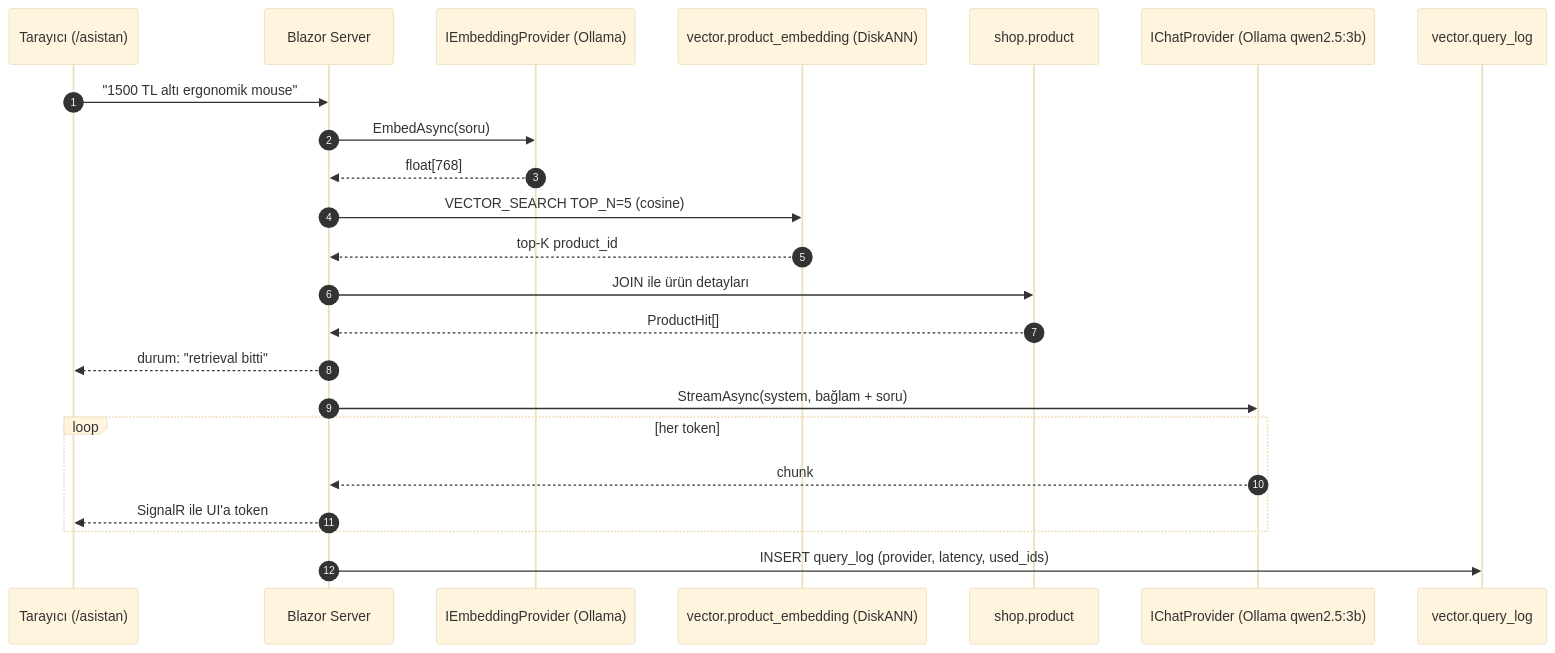
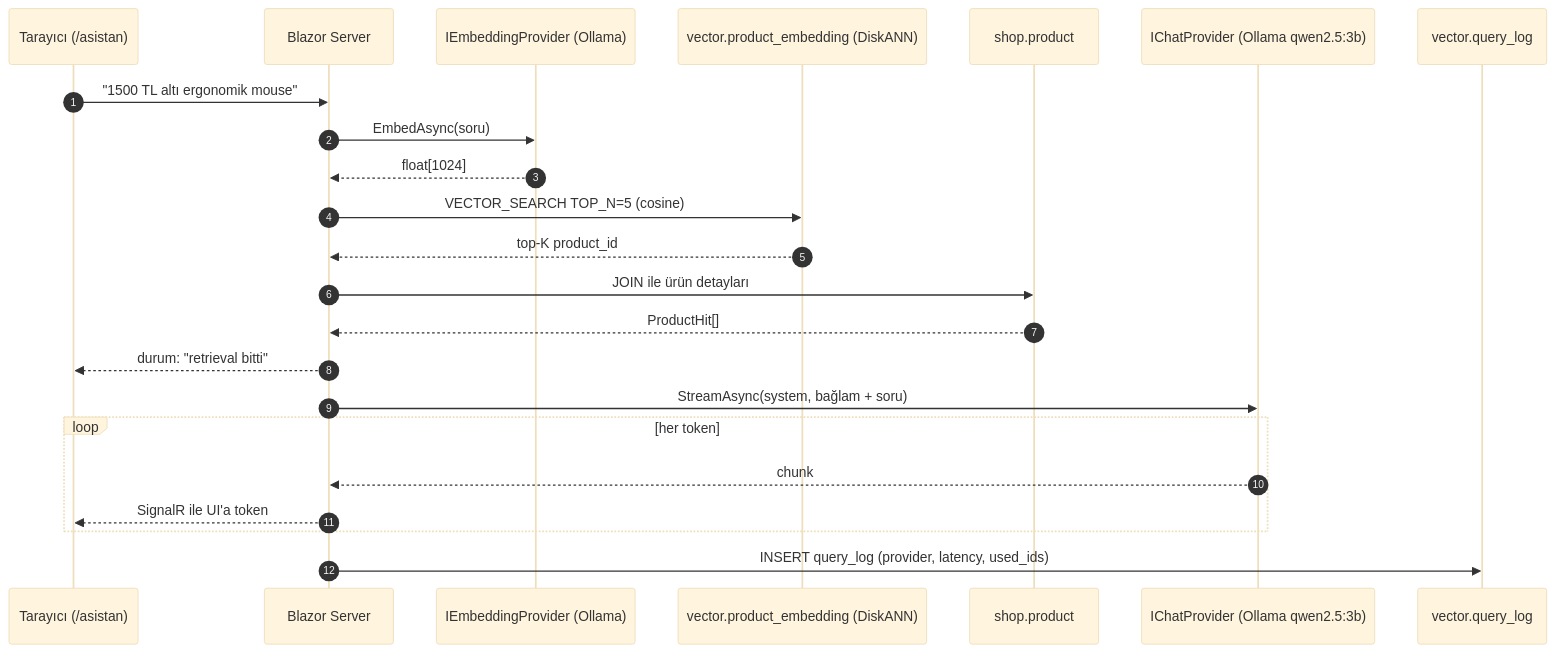
The first of 4 diagrams in README.md (dmcteknoloji/dmcshop-sql2025), drawn with Mermaid (base theme) before and after one commit. The commit also changed other lines of this file and 33 other files, not shown here.

````diff
--- a/README.md
+++ b/README.md
@@ -76,26 +76,26 @@
 ```mermaid
 sequenceDiagram
     autonumber
     participant U as Tarayıcı (/asistan)
     participant W as Blazor Server
     participant E as IEmbeddingProvider (Ollama)
     participant V as vector.product_embedding (DiskANN)
     participant S as shop.product
     participant C as IChatProvider (Ollama qwen2.5:3b)
     participant L as vector.query_log
 
     U->>W: "1500 TL altı ergonomik mouse"
     W->>E: EmbedAsync(soru)
-    E-->>W: float[768]
+    E-->>W: float[1024]
     W->>V: VECTOR_SEARCH TOP_N=5 (cosine)
     V-->>W: top-K product_id
     W->>S: JOIN ile ürün detayları
     S-->>W: ProductHit[]
     W-->>U: durum: "retrieval bitti"
     W->>C: StreamAsync(system, bağlam + soru)
     loop her token
         C-->>W: chunk
         W-->>U: SignalR ile UI'a token
     end
     W->>L: INSERT query_log (provider, latency, used_ids)
 ```
````
